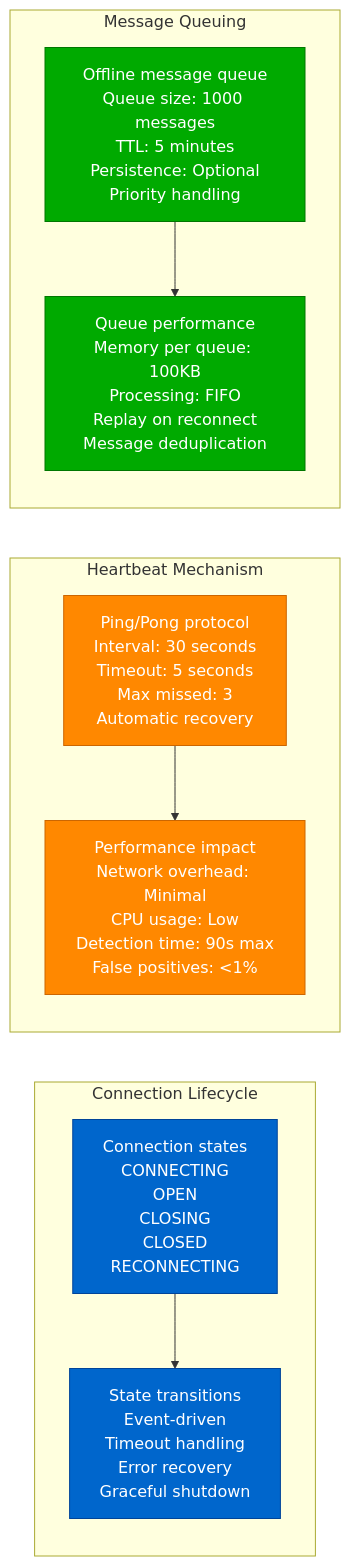
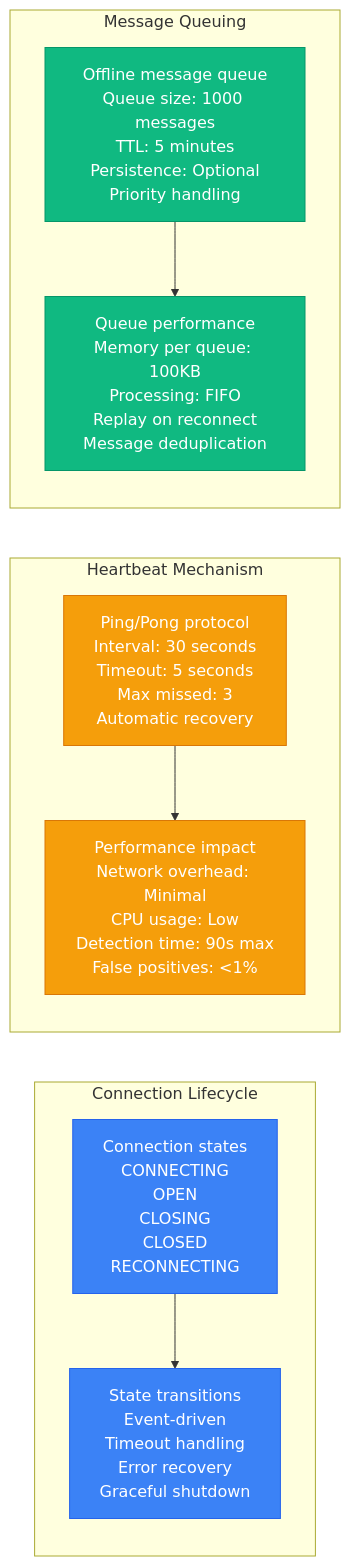
One commit to deepaucksharma/DS changed the sixth of 11 diagrams in site/docs/performance/websocket-performance-profile.md. Above: the diagram before and after it, drawn with Mermaid. The commit also changed other lines of this file and 303 other files, not shown here.

````diff
--- a/site/docs/performance/websocket-performance-profile.md
+++ b/site/docs/performance/websocket-performance-profile.md
@@ -230,34 +230,34 @@
 ```mermaid
 graph LR
     subgraph "Connection Lifecycle"
         LIFECYCLE1[Connection states<br/>CONNECTING<br/>OPEN<br/>CLOSING<br/>CLOSED<br/>RECONNECTING]
 
         LIFECYCLE2[State transitions<br/>Event-driven<br/>Timeout handling<br/>Error recovery<br/>Graceful shutdown]
 
         LIFECYCLE1 --> LIFECYCLE2
     end
 
     subgraph "Heartbeat Mechanism"
         HEARTBEAT1[Ping/Pong protocol<br/>Interval: 30 seconds<br/>Timeout: 5 seconds<br/>Max missed: 3<br/>Automatic recovery]
 
         HEARTBEAT2[Performance impact<br/>Network overhead: Minimal<br/>CPU usage: Low<br/>Detection time: 90s max<br/>False positives: <1%]
 
         HEARTBEAT1 --> HEARTBEAT2
     end
 
     subgraph "Message Queuing"
         QUEUE1[Offline message queue<br/>Queue size: 1000 messages<br/>TTL: 5 minutes<br/>Persistence: Optional<br/>Priority handling]
 
         QUEUE2[Queue performance<br/>Memory per queue: 100KB<br/>Processing: FIFO<br/>Replay on reconnect<br/>Message deduplication]
 
         QUEUE1 --> QUEUE2
     end
 
-    classDef lifecycleStyle fill:#0066CC,stroke:#004499,color:#fff
-    classDef heartbeatStyle fill:#FF8800,stroke:#CC6600,color:#fff
-    classDef queueStyle fill:#00AA00,stroke:#007700,color:#fff
+    classDef lifecycleStyle fill:#3B82F6,stroke:#2563EB,color:#fff
+    classDef heartbeatStyle fill:#F59E0B,stroke:#D97706,color:#fff
+    classDef queueStyle fill:#10B981,stroke:#059669,color:#fff
 
     class LIFECYCLE1,LIFECYCLE2 lifecycleStyle
     class HEARTBEAT1,HEARTBEAT2 heartbeatStyle
     class QUEUE1,QUEUE2 queueStyle
 ```
````
